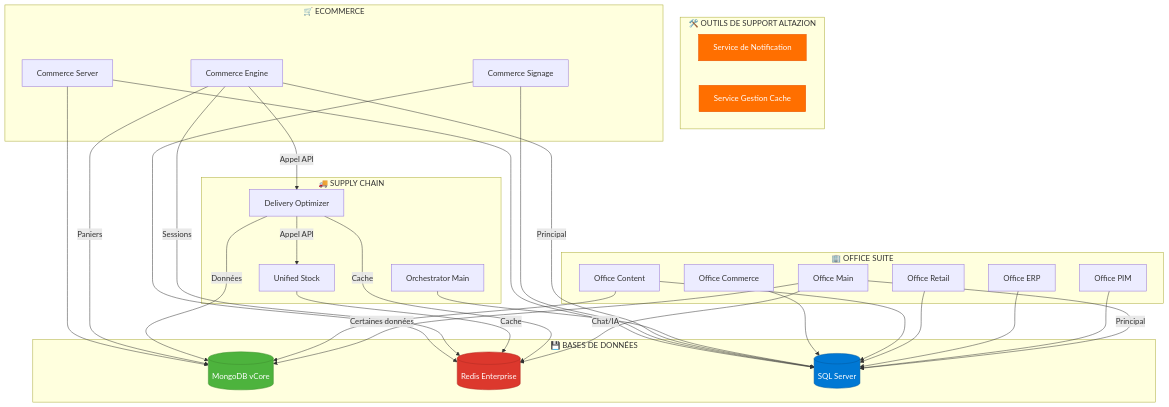
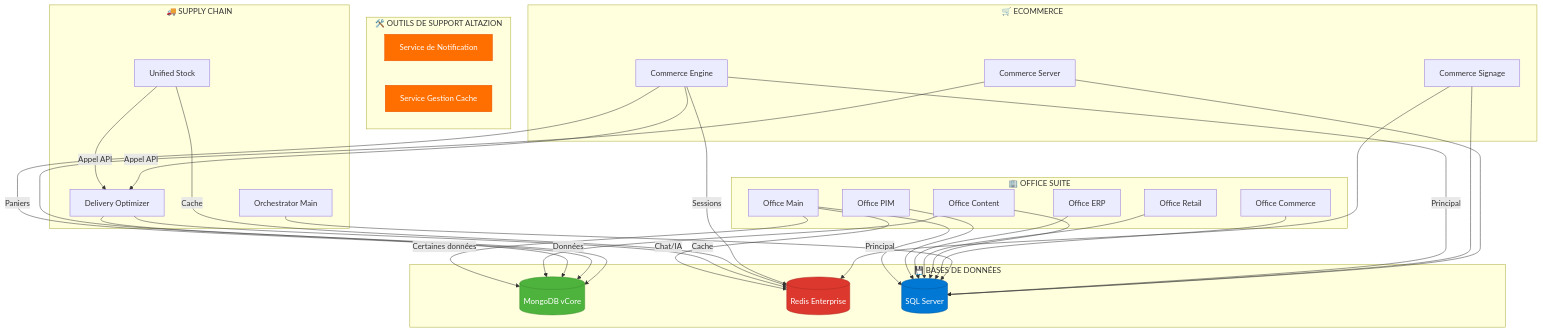
The second of 5 diagrams in fr-fr/architecture/architecture.md (altazion/altazion-dev), drawn with Mermaid before and after one commit. The commit also changed other lines of this file and 4 other files, not shown here.

Commit message:
graphiques

````diff
--- a/fr-fr/architecture/architecture.md
+++ b/fr-fr/architecture/architecture.md
@@ -71,73 +74,72 @@
 ```mermaid
 graph TB
     subgraph "💾 BASES DE DONNÉES"
         MONGO[(MongoDB vCore)]
         REDIS[(Redis Enterprise)]
         SQL[(SQL Server)]
     end
 
     subgraph "🛠️ OUTILS DE SUPPORT ALTAZION"
         NOTIF[Service de Notification]
         CACHE[Service Gestion Cache]
     end
 
     subgraph "🏢 OFFICE SUITE"
         OM[Office Main]
         OPIM[Office PIM]
         OERP[Office ERP]
         ORET[Office Retail]
         OCONT[Office Content]
         OCOM[Office Commerce]
     end
 
     subgraph "🚚 SUPPLY CHAIN"
         OMAIN[Orchestrator Main]
         DELIV[Delivery Optimizer]
         USTOCK[Unified Stock]
     end
 
     subgraph "🛒 ECOMMERCE"
         CENG[Commerce Engine]
         CSIGN[Commerce Signage]
         CSERV[Commerce Server]
     end
 
-    %% Connexions Office
+    %% Connexions SQL Server
     OM -->|Principal| SQL
-    OM -->|Certaines données| MONGO
-    OM -->|Chat/IA| REDIS
-    
     OPIM --> SQL
     OERP --> SQL
     ORET --> SQL
     OCONT --> SQL
+    OCOM --> SQL
+    OMAIN --> SQL
+    CENG -->|Principal| SQL
+    CSIGN --> SQL
+    CSERV --> SQL
+
+    %% Connexions MongoDB
+    OM -->|Certaines données| MONGO
     OCONT --> MONGO
-    OCOM --> SQL
+    DELIV -->|Données| MONGO
+    CENG -->|Paniers| MONGO
+    CSERV --> MONGO
 
-    %% Connexions Supply Chain
-    OMAIN --> SQL
-    DELIV -->|Données| MONGO
+    %% Connexions Redis
+    OM -->|Chat/IA| REDIS
     DELIV -->|Cache| REDIS
-    DELIV -->|Appel API| USTOCK
     USTOCK -->|Cache| REDIS
+    CENG -->|Sessions| REDIS
+    CSIGN --> REDIS
 
-    %% Connexions ECommerce
-    CENG -->|Principal| SQL
-    CENG -->|Paniers| MONGO
-    CENG -->|Sessions| REDIS
+    %% Appels API inter-composants
+    USTOCK -->|Appel API| DELIV
     CENG -->|Appel API| DELIV
-    
-    CSIGN --> SQL
-    CSIGN --> REDIS
-    
-    CSERV --> SQL
-    CSERV --> MONGO
 
     %% Style des bases de données
     style MONGO fill:#4DB33D,stroke:#3E8E2E,color:#fff
     style REDIS fill:#DC382D,stroke:#B02A21,color:#fff
     style SQL fill:#0078D4,stroke:#005A9E,color:#fff
     
     style NOTIF fill:#FF6F00,stroke:#E65100,color:#fff
     style CACHE fill:#FF6F00,stroke:#E65100,color:#fff
 ```
````
